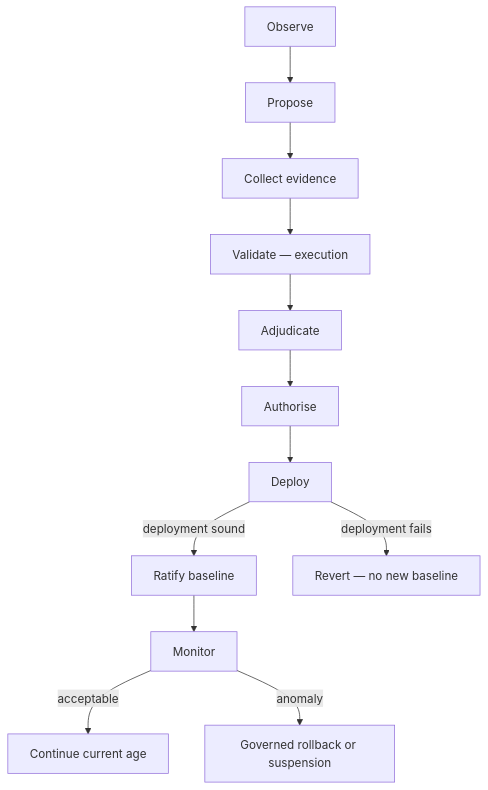
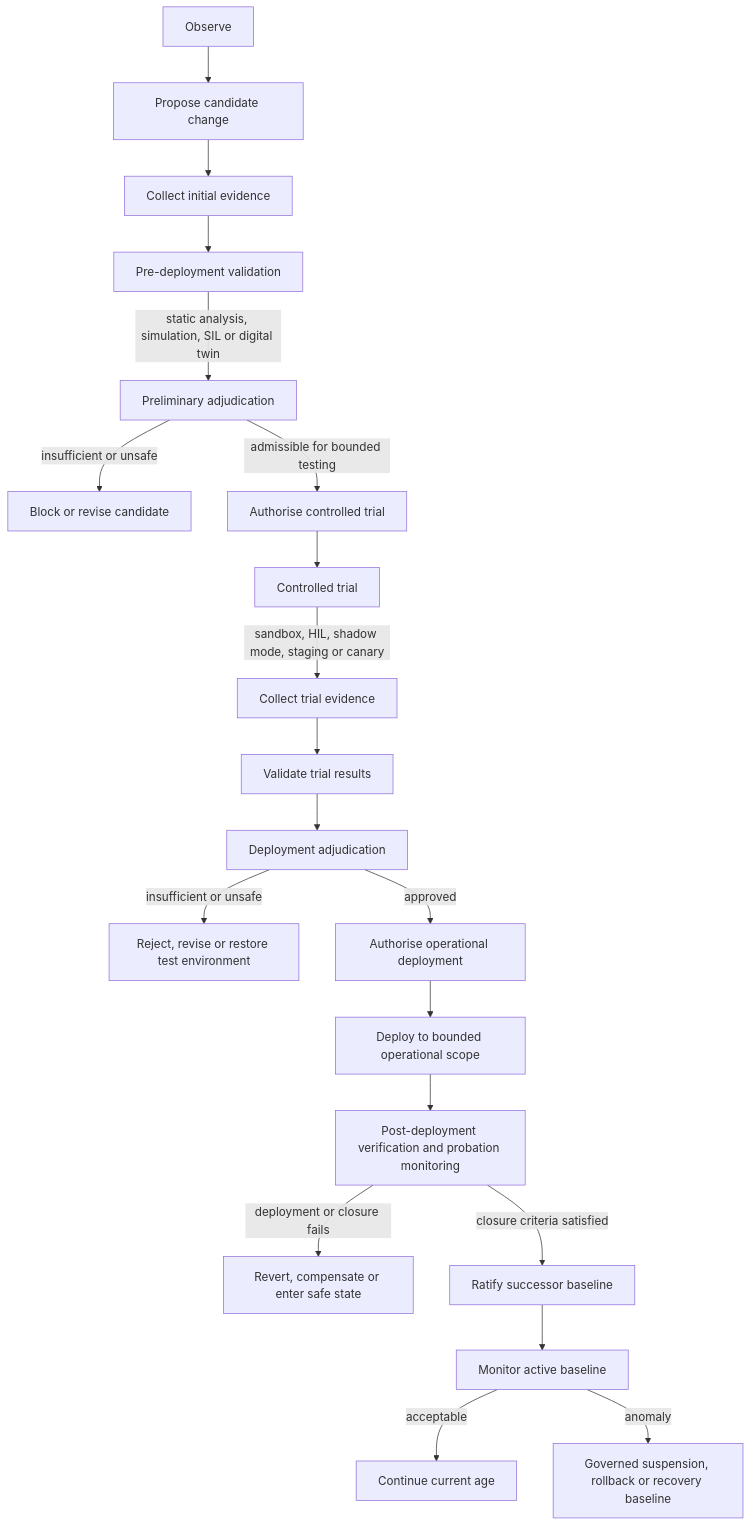
One commit to AmedeoPelliccia/AGES changed the diagram in architecture/02-state-and-transition-model.md. Above: the diagram before and after it, drawn with Mermaid. The commit also changed other lines of this file, not shown here.

````diff
--- a/architecture/02-state-and-transition-model.md
+++ b/architecture/02-state-and-transition-model.md
@@ -8,14 +11,30 @@
 ```mermaid
 flowchart TD
-    O[Observe] --> P[Propose]
-    P --> CE[Collect evidence]
-    CE --> V[Validate — execution]
-    V --> AJ[Adjudicate]
-    AJ --> AU[Authorise]
-    AU --> D[Deploy]
-    D -->|deployment sound| R[Ratify baseline]
-    D -->|deployment fails| RV[Revert — no new baseline]
-    R --> M[Monitor]
+    O[Observe] --> P[Propose candidate change]
+    P --> CE[Collect initial evidence]
+
+    CE --> PV[Pre-deployment validation]
+    PV -->|static analysis, simulation, SIL or digital twin| AJ1[Preliminary adjudication]
+
+    AJ1 -->|insufficient or unsafe| BR[Block or revise candidate]
+    AJ1 -->|admissible for bounded testing| AT[Authorise controlled trial]
+
+    AT --> CT[Controlled trial]
+    CT -->|sandbox, HIL, shadow mode, staging or canary| TE[Collect trial evidence]
+
+    TE --> VT[Validate trial results]
+    VT --> AJ2[Deployment adjudication]
+
+    AJ2 -->|insufficient or unsafe| RR[Reject, revise or restore test environment]
+    AJ2 -->|approved| AU[Authorise operational deployment]
+
+    AU --> D[Deploy to bounded operational scope]
+    D --> PVF[Post-deployment verification and probation monitoring]
+
+    PVF -->|deployment or closure fails| RC[Revert, compensate or enter safe state]
+    PVF -->|closure criteria satisfied| R[Ratify successor baseline]
+
+    R --> M[Monitor active baseline]
     M -->|acceptable| K[Continue current age]
-    M -->|anomaly| RB[Governed rollback or suspension]
+    M -->|anomaly| RB[Governed suspension, rollback or recovery baseline]
 ```
````
